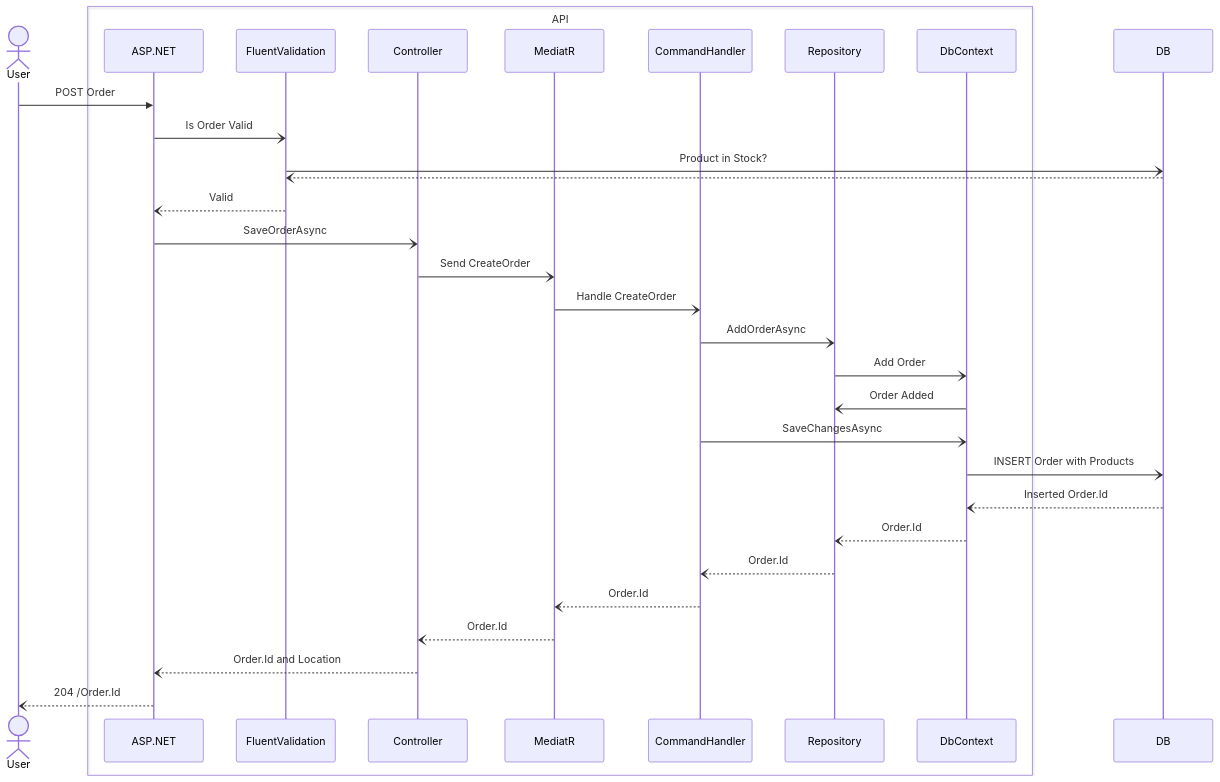
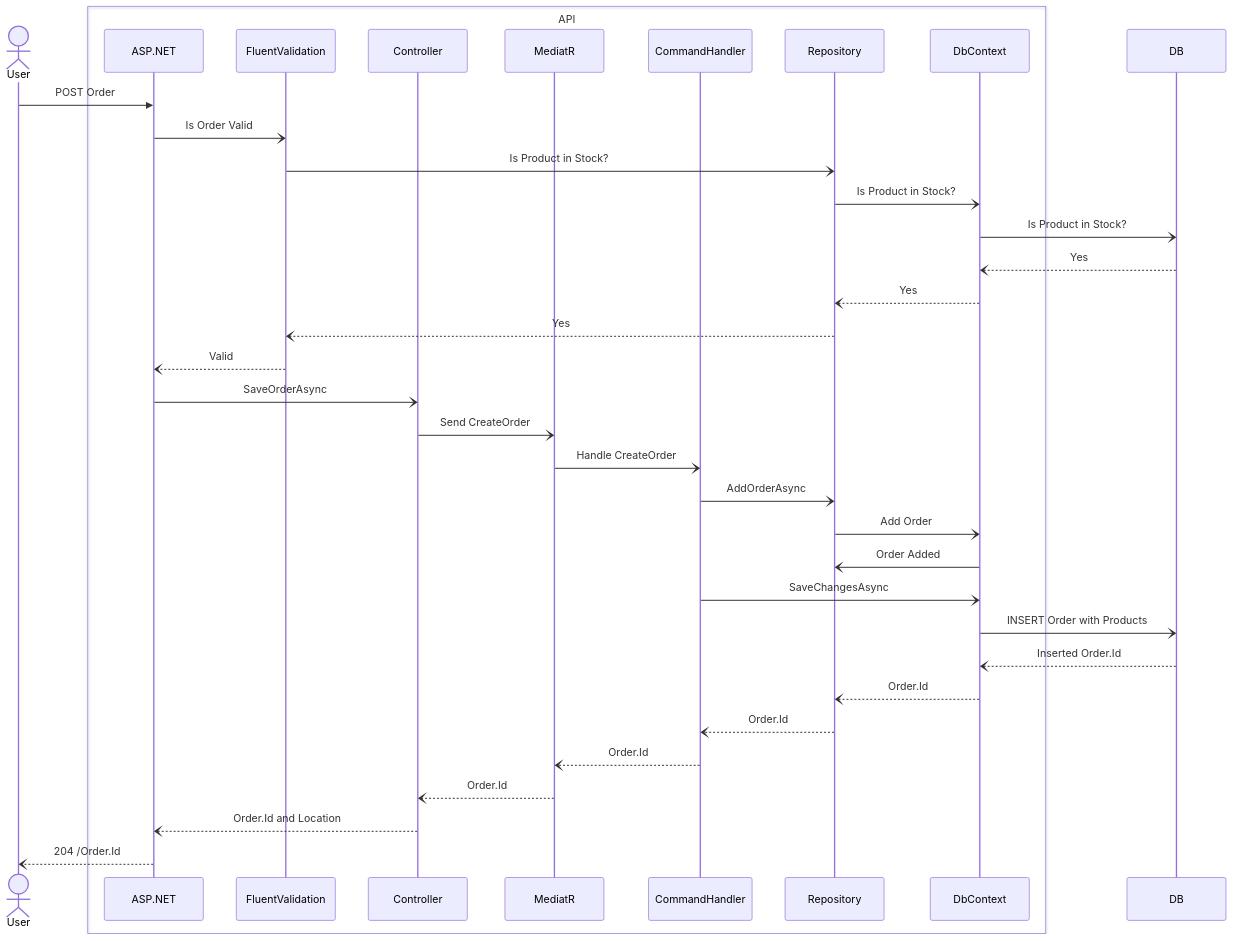
Before and after one commit to YakudzaBY/Company.Ordering: the first of 3 diagrams in README.md, drawn with Mermaid.

Commit message:
Update Sequence Diagram For Product in Stock

````diff
--- a/README.md
+++ b/README.md
@@ -11,33 +11,37 @@
 ```mermaid
 sequenceDiagram
     actor User
     box API
     participant ASP.NET
     participant Validation as FluentValidation
     participant Controller
     participant MediatR
     participant CommandHandler
     participant Repository
     participant DbContext
     end
     User->>ASP.NET: POST Order
     ASP.NET-)Validation: Is Order Valid
-    Validation-)DB: Product in Stock?
-    DB--)Validation: 
+    Validation-)Repository: Is Product in Stock?
+    Repository-)DbContext: Is Product in Stock?
+    DbContext-)DB: Is Product in Stock?
+    DB--)DbContext: Yes
+    DbContext--)Repository: Yes
+    Repository--)Validation: Yes
     Validation--)ASP.NET: Valid
     ASP.NET-)Controller: SaveOrderAsync
     Controller-)MediatR: Send CreateOrder
     MediatR-)CommandHandler: Handle CreateOrder
     CommandHandler-)Repository: AddOrderAsync
     Repository-)DbContext: Add Order
     DbContext-)Repository: Order Added
     CommandHandler-)DbContext: SaveChangesAsync
     DbContext-)DB: INSERT Order with Products
     DB--)DbContext: Inserted Order.Id
     DbContext--)Repository: Order.Id
     Repository--)CommandHandler: Order.Id
     CommandHandler--)MediatR: Order.Id
     MediatR--)Controller: Order.Id
     Controller--)ASP.NET: Order.Id and Location
     ASP.NET--)User: 204 /Order.Id
 ```
````
